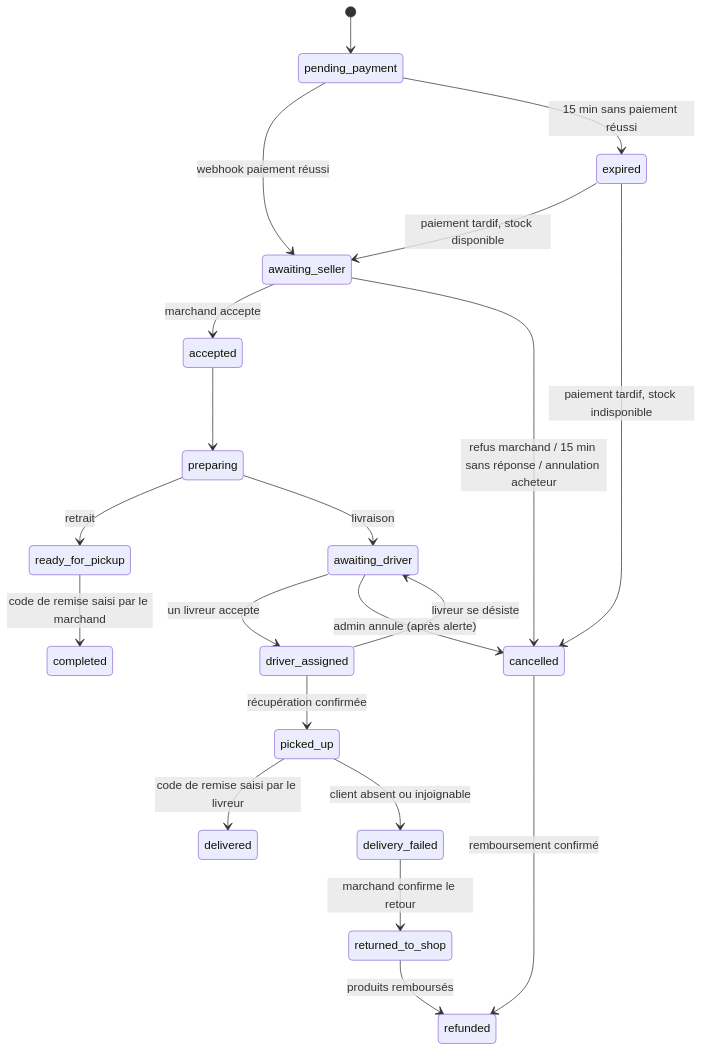
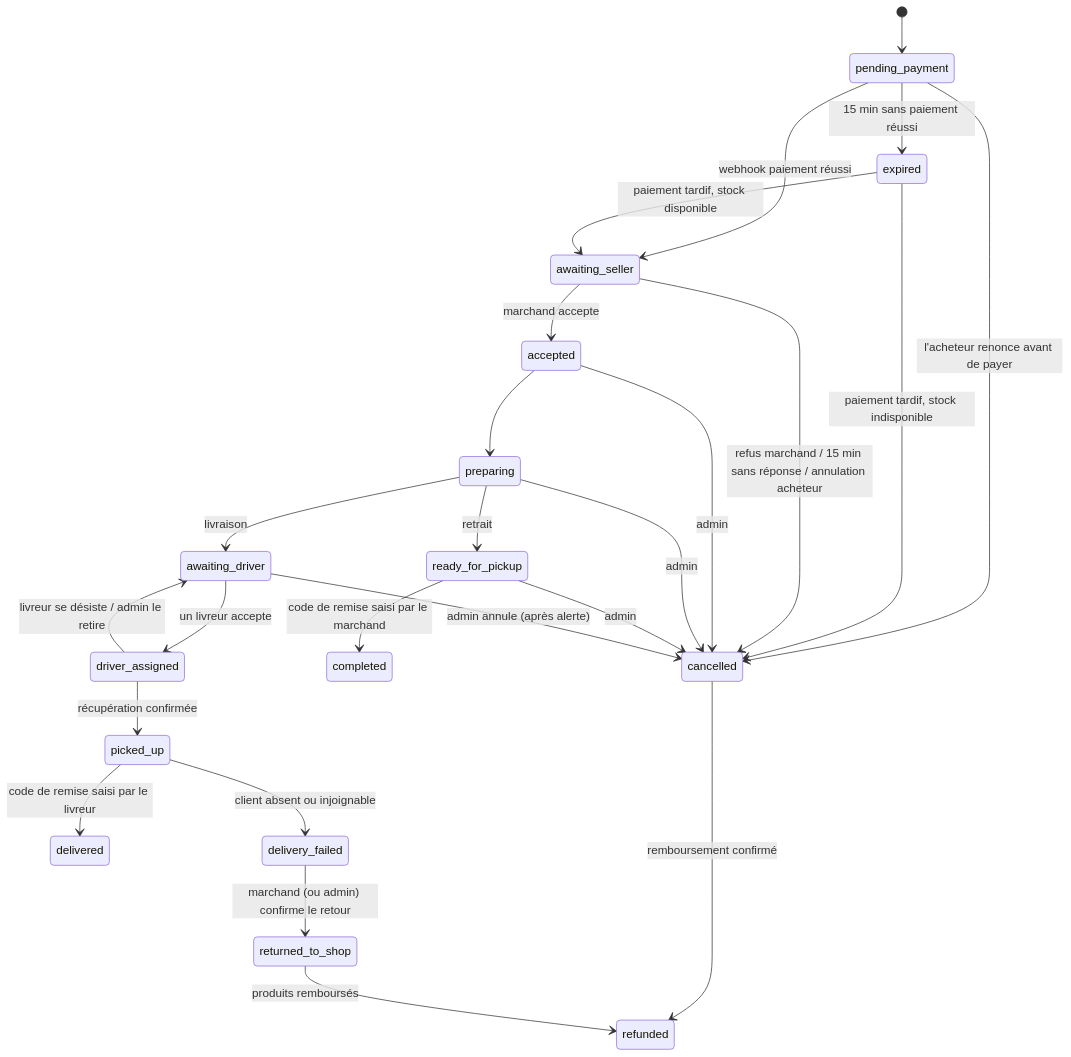
One commit to Jeanpierregaba/ivia changed the second of 3 diagrams in docs/ARCHITECTURE.md. Above: the diagram before and after it, drawn with Mermaid. The commit also changed other lines of this file and 15 other files, not shown here.

````diff
--- a/docs/ARCHITECTURE.md
+++ b/docs/ARCHITECTURE.md
@@ -75,23 +77,27 @@
 ```mermaid
 stateDiagram-v2
   [*] --> pending_payment
   pending_payment --> awaiting_seller : webhook paiement réussi
   pending_payment --> expired : 15 min sans paiement réussi
+  pending_payment --> cancelled : l'acheteur renonce avant de payer
   expired --> awaiting_seller : paiement tardif, stock disponible
   expired --> cancelled : paiement tardif, stock indisponible
   awaiting_seller --> accepted : marchand accepte
   awaiting_seller --> cancelled : refus marchand / 15 min sans réponse / annulation acheteur
   accepted --> preparing
+  accepted --> cancelled : admin
+  preparing --> cancelled : admin
+  ready_for_pickup --> cancelled : admin
   preparing --> ready_for_pickup : retrait
   preparing --> awaiting_driver : livraison
   ready_for_pickup --> completed : code de remise saisi par le marchand
   awaiting_driver --> driver_assigned : un livreur accepte
   awaiting_driver --> cancelled : admin annule (après alerte)
-  driver_assigned --> awaiting_driver : livreur se désiste
+  driver_assigned --> awaiting_driver : livreur se désiste / admin le retire
   driver_assigned --> picked_up : récupération confirmée
   picked_up --> delivered : code de remise saisi par le livreur
   picked_up --> delivery_failed : client absent ou injoignable
-  delivery_failed --> returned_to_shop : marchand confirme le retour
+  delivery_failed --> returned_to_shop : marchand (ou admin) confirme le retour
   cancelled --> refunded : remboursement confirmé
   returned_to_shop --> refunded : produits remboursés
 ```
````
